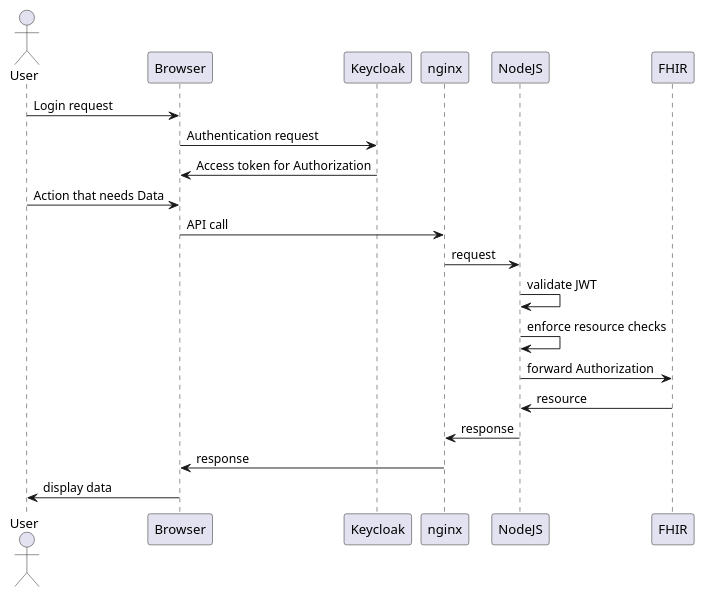
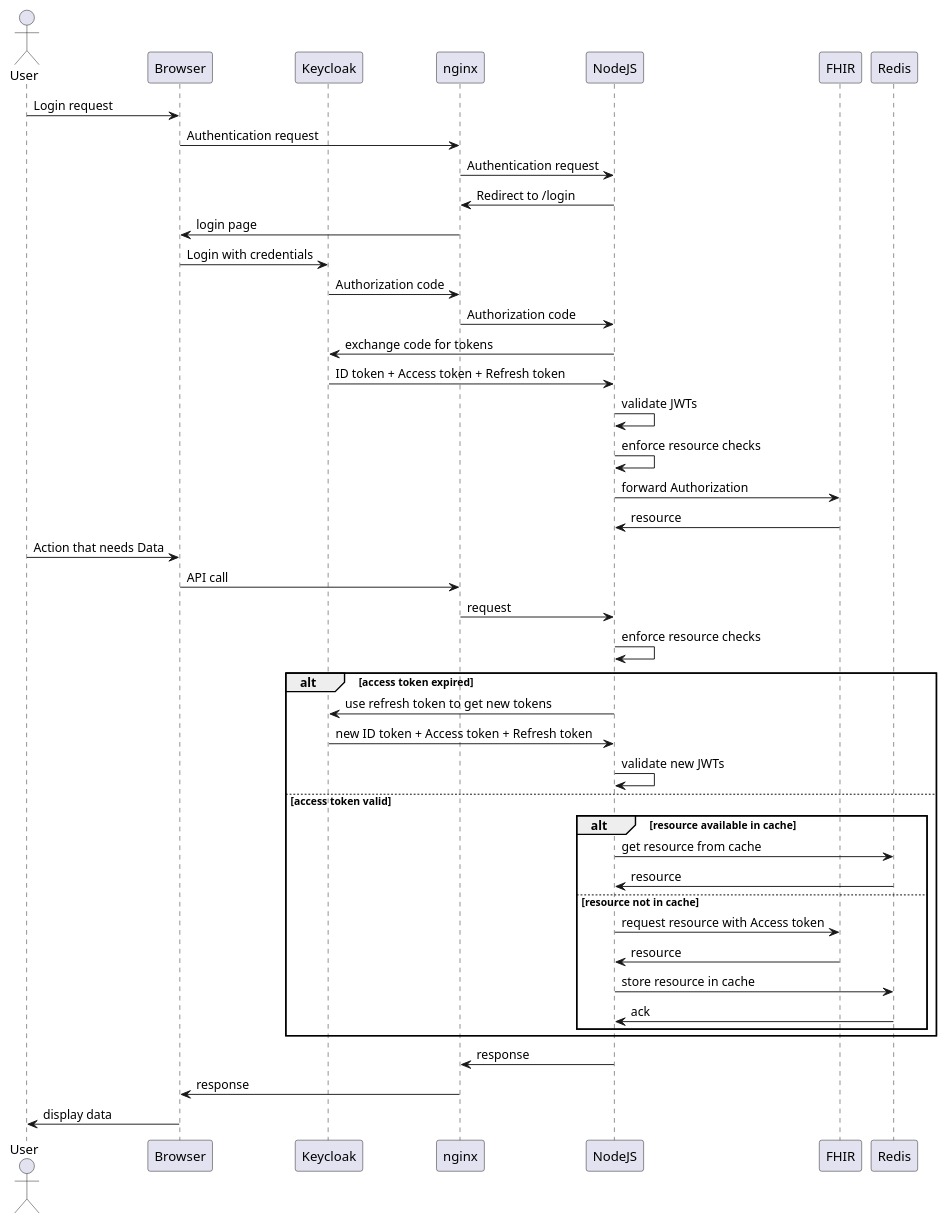
One commit to Belal0066/CFI-Care changed the diagram in security/Docs/fhir-token-sequence.puml. Above: the diagram before and after it, drawn with PlantUML. The commit also changed 9 other files, not shown here.

Commit message:
requests to fhir are correctly routed using auth code flow

```diff
--- a/security/Docs/fhir-token-sequence.puml
+++ b/security/Docs/fhir-token-sequence.puml
@@ -1,24 +1,47 @@
 @startuml
 actor User
 participant Browser
 participant Keycloak
 participant nginx
 participant NodeJS
 participant FHIR
 
 User -> Browser : Login request
-Browser -> Keycloak : Authentication request
-Keycloak -> Browser: Access token for Authorization
+Browser -> nginx : Authentication request
+nginx -> NodeJS : Authentication request
+NodeJS -> nginx : Redirect to /login 
+nginx -> Browser : login page
+Browser -> Keycloak : Login with credentials
+Keycloak -> nginx: Authorization code 
+nginx -> NodeJS : Authorization code
+NodeJS -> Keycloak : exchange code for tokens
+Keycloak -> NodeJS : ID token + Access token + Refresh token
+NodeJS -> NodeJS : validate JWTs
+NodeJS -> NodeJS : enforce resource checks
+NodeJS -> FHIR : forward Authorization
+FHIR -> NodeJS : resource
 
 
 User -> Browser : Action that needs Data
 Browser -> nginx : API call
 nginx -> NodeJS : request
-NodeJS -> NodeJS : validate JWT
 NodeJS -> NodeJS : enforce resource checks
-NodeJS -> FHIR : forward Authorization
-FHIR -> NodeJS : resource
+alt access token expired
+    NodeJS -> Keycloak : use refresh token to get new tokens
+    Keycloak -> NodeJS : new ID token + Access token + Refresh token
+    NodeJS -> NodeJS : validate new JWTs
+else access token valid
+    alt resource available in cache
+        NodeJS -> Redis : get resource from cache
+        Redis -> NodeJS : resource
+    else resource not in cache
+        NodeJS -> FHIR : request resource with Access token
+        FHIR -> NodeJS : resource
+        NodeJS -> Redis : store resource in cache
+        Redis -> NodeJS : ack
+    end
+end
 NodeJS -> nginx : response
 nginx -> Browser : response
 Browser -> User : display data
 @enduml
```
